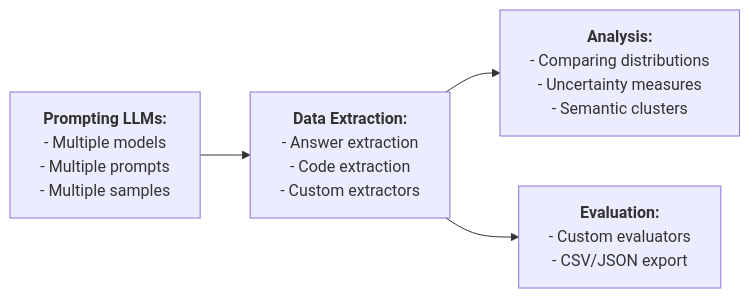
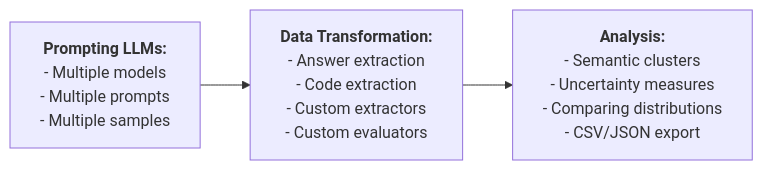
Before and after one commit to msv-lab/llm-play: the diagram in README.md, drawn with Mermaid. The commit also changed other lines of this file, not shown here.

````diff
--- a/README.md
+++ b/README.md
@@ -5,17 +5,17 @@
 ```mermaid
 flowchart LR
     A["`**Prompting LLMs:**
     - Multiple models
     - Multiple prompts
-    - Multiple samples`"] --> B["`**Data Extraction:**
+    - Multiple samples`"] --> B["`**Data Transformation:**
     - Answer extraction
     - Code extraction
-    - Custom extractors`"]
+    - Custom extractors
+    - Custom evaluators`"]
     B --> C["`**Analysis:**
+    - Semantic clusters
+    - Uncertainty measures
     - Comparing distributions
-    - Uncertainty measures
-    - Semantic clusters`"]
-    B --> D["`**Evaluation:**
-    - Custom evaluators
-    - CSV/JSON export`"]
+    - CSV/JSON export
+    `"]
 ```
````
